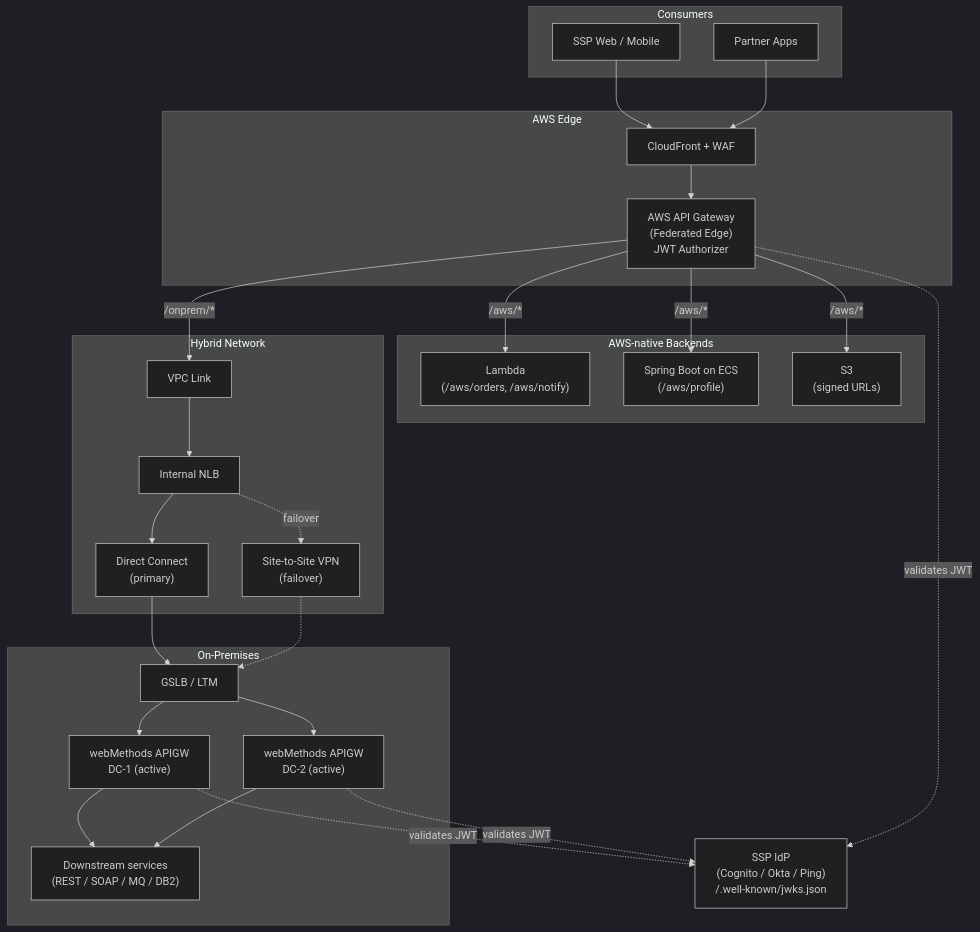
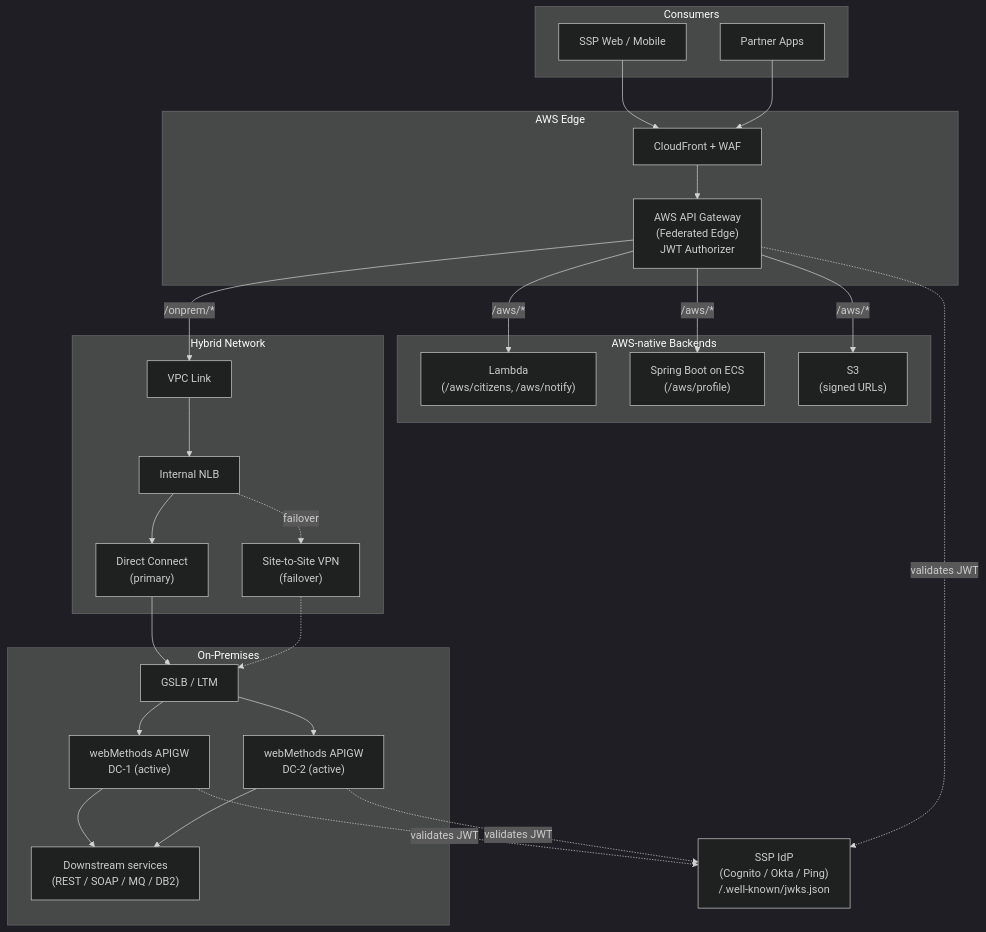
Before and after one commit to kantheti73/aws_ssp_webmethods_onprem: the diagram in docs/01-architecture.md, drawn with Mermaid (dark theme).

Commit message:
Update Lambda function paths in architecture doc

````diff
--- a/docs/01-architecture.md
+++ b/docs/01-architecture.md
@@ -7,55 +7,55 @@
 ```mermaid
 flowchart TB
     subgraph Users["Consumers"]
         U1["SSP Web / Mobile"]
         U2["Partner Apps"]
     end
 
     subgraph Edge["AWS Edge"]
         CF["CloudFront + WAF"]
         APIGW["AWS API Gateway<br/>(Federated Edge)<br/>JWT Authorizer"]
     end
 
     subgraph AWSBackends["AWS-native Backends"]
-        L1["Lambda<br/>(/aws/orders, /aws/notify)"]
+        L1["Lambda<br/>(/aws/citizens, /aws/notify)"]
         ECS["Spring Boot on ECS<br/>(/aws/profile)"]
         S3["S3<br/>(signed URLs)"]
     end
 
     subgraph Network["Hybrid Network"]
         VPCL["VPC Link"]
         NLB["Internal NLB"]
         DX["Direct Connect<br/>(primary)"]
         VPN["Site-to-Site VPN<br/>(failover)"]
     end
 
     subgraph OnPrem["On-Premises"]
         WM1["webMethods APIGW<br/>DC-1 (active)"]
         WM2["webMethods APIGW<br/>DC-2 (active)"]
         GSLB[" GSLB / LTM"]
         BACK["Downstream services<br/>(REST / SOAP / MQ / DB2)"]
     end
 
     IdP["SSP IdP<br/>(Cognito / Okta / Ping)<br/>/.well-known/jwks.json"]
 
     U1 --> CF
     U2 --> CF
     CF --> APIGW
     APIGW -- "/aws/*" --> L1
     APIGW -- "/aws/*" --> ECS
     APIGW -- "/aws/*" --> S3
     APIGW -- "/onprem/*" --> VPCL
     VPCL --> NLB
     NLB --> DX
     NLB -.failover.-> VPN
     DX --> GSLB
     VPN -.-> GSLB
     GSLB --> WM1
     GSLB --> WM2
     WM1 --> BACK
     WM2 --> BACK
 
     APIGW -. validates JWT .-> IdP
     WM1 -. validates JWT .-> IdP
     WM2 -. validates JWT .-> IdP
 ```
````
